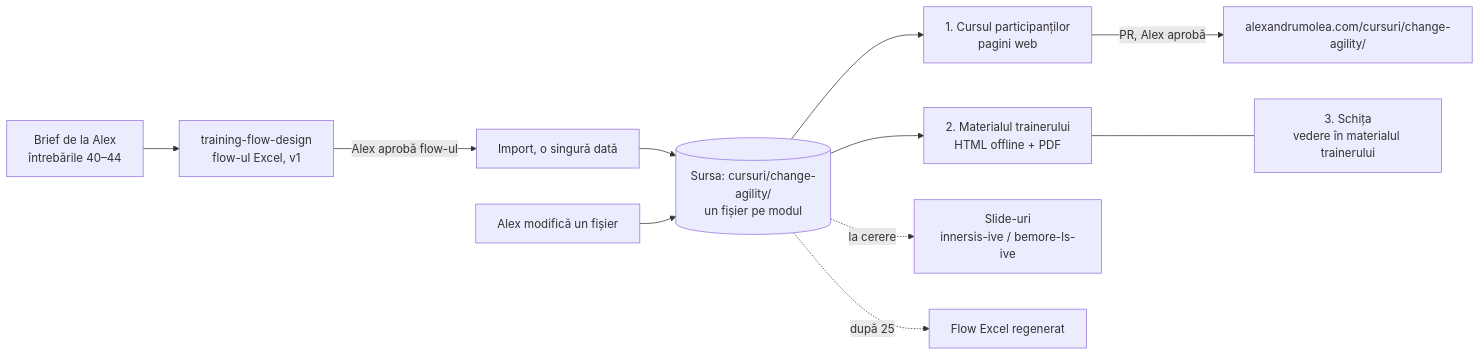
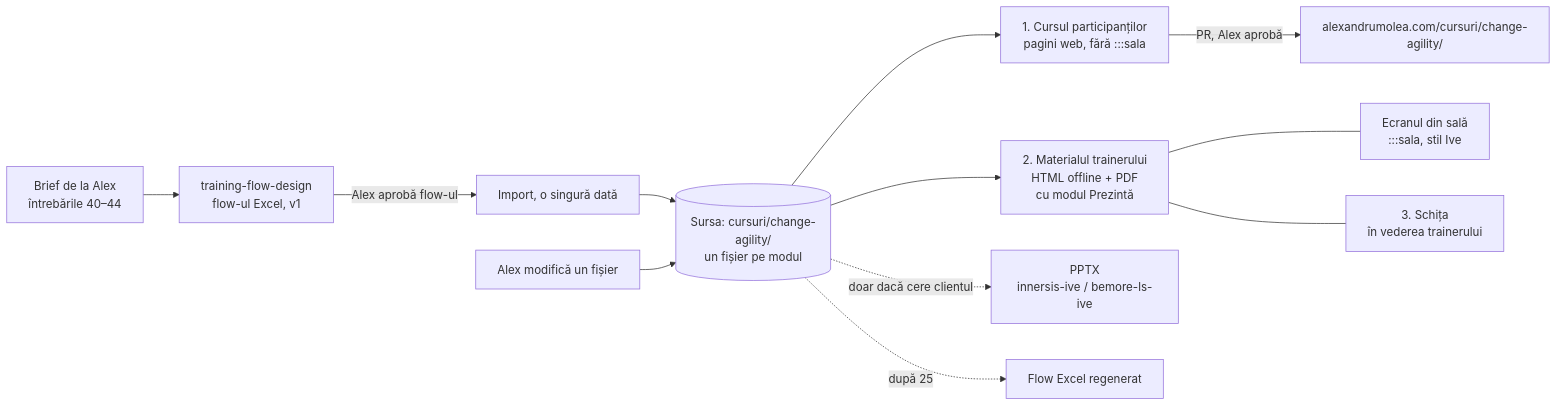
Before and after one commit to alexandrumolea/AgentsTeam: the diagram in team/radu/documente/arhitectura-curs-change-agility-v0.md, drawn with Mermaid. The commit also changed other lines of this file and 5 other files, not shown here.

Commit message:
Radu v1: materialul trainerului e și prezentarea din sală (modul Prezintă, stratul :::sala); D-048, D-049, D-051 actualizate

````diff
--- a/team/radu/documente/arhitectura-curs-change-agility-v0.md
+++ b/team/radu/documente/arhitectura-curs-change-agility-v0.md
@@ -150,13 +180,14 @@
 ```mermaid
 flowchart LR
   B[Brief de la Alex<br/>întrebările 40–44] --> F[training-flow-design<br/>flow-ul Excel, v1]
   F -->|Alex aprobă flow-ul| I[Import, o singură dată]
   I --> S[(Sursa: cursuri/change-agility/<br/>un fișier pe modul)]
   A[Alex modifică un fișier] --> S
-  S --> P[1. Cursul participanților<br/>pagini web]
-  S --> T[2. Materialul trainerului<br/>HTML offline + PDF]
-  T --- K[3. Schița<br/>vedere în materialul trainerului]
-  S -.->|la cerere| D[Slide-uri<br/>innersis-ive / bemore-ls-ive]
+  S --> P[1. Cursul participanților<br/>pagini web, fără :::sala]
+  S --> T[2. Materialul trainerului<br/>HTML offline + PDF<br/>cu modul Prezintă]
+  T --- E[Ecranul din sală<br/>:::sala, stil Ive]
+  T --- K[3. Schița<br/>în vederea trainerului]
+  S -.->|doar dacă cere clientul| D[PPTX<br/>innersis-ive / bemore-ls-ive]
   S -.->|după 25| X[Flow Excel regenerat]
   P -->|PR, Alex aprobă| W[alexandrumolea.com/cursuri/change-agility/]
 ```
````
